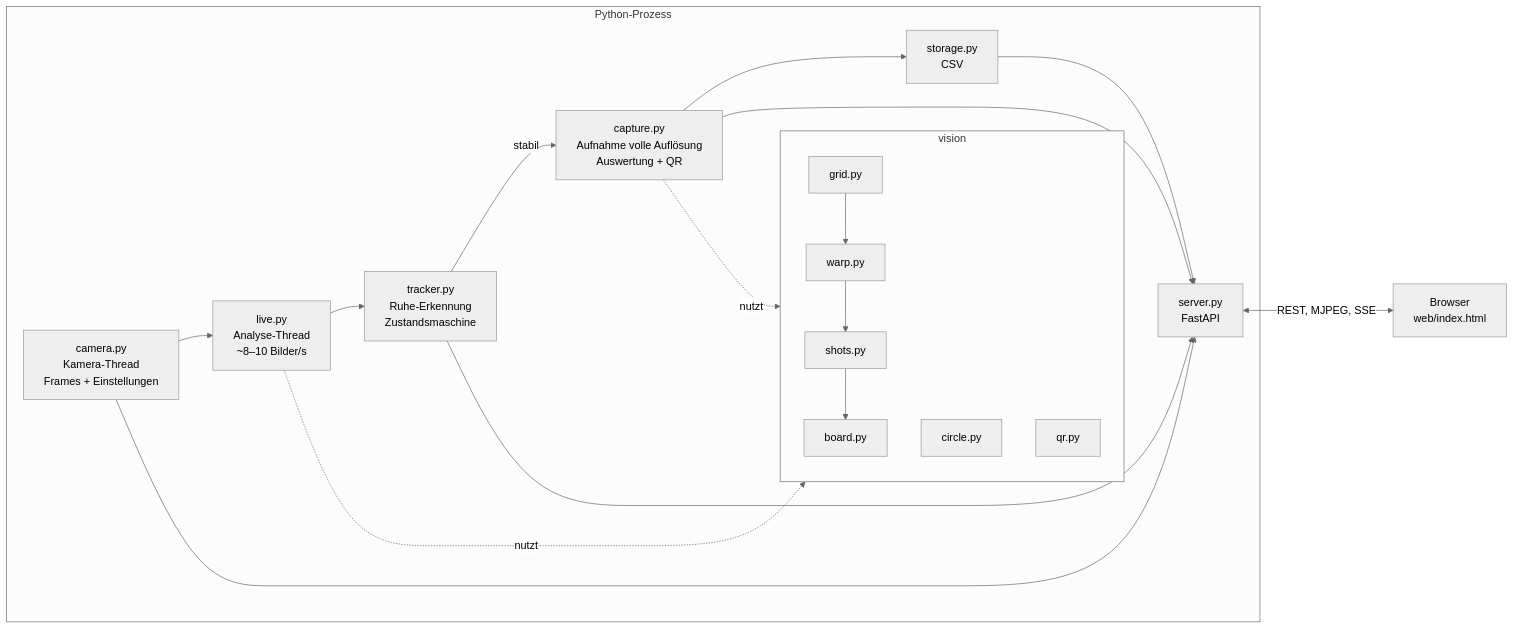
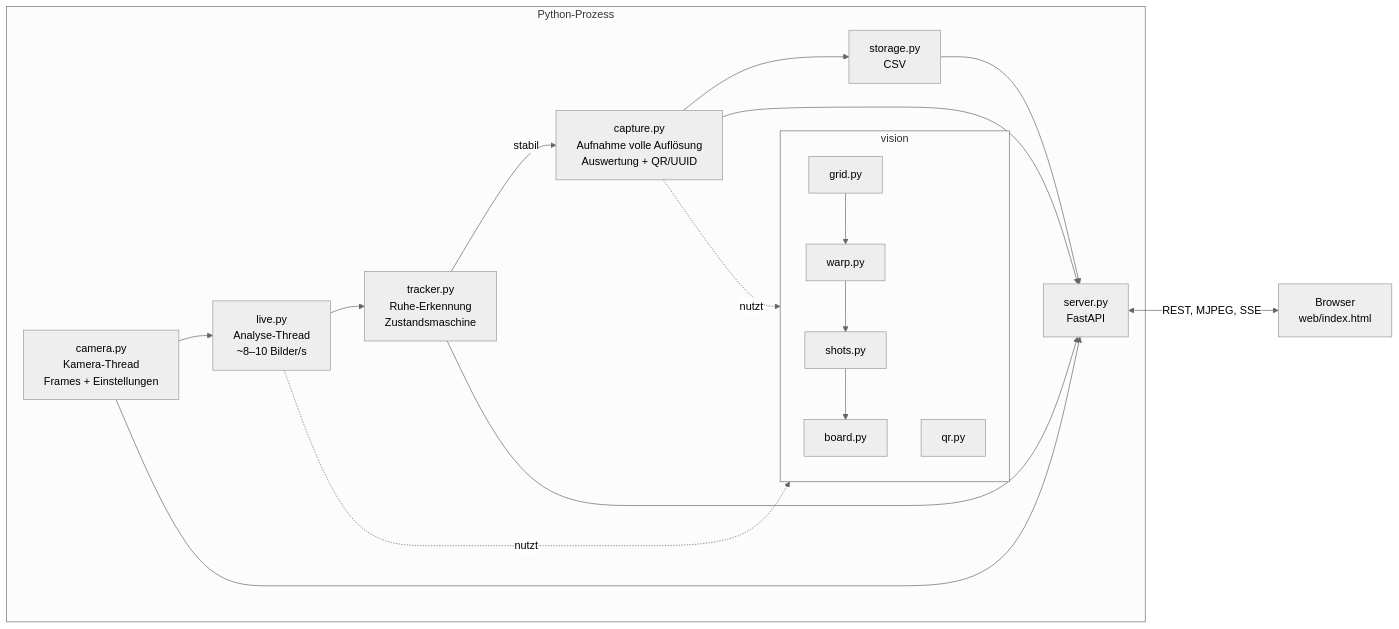
The first of 2 diagrams in docs/ARCHITECTURE.md (sgusenba/labinett), drawn with Mermaid (neutral theme) before and after one commit. The commit also changed other lines of this file, not shown here.

First line of the commit message:
Plan: UUID statt Schützennummer, 5 Schüsse fix, CSV-Pfad einstellbar

````diff
--- a/docs/ARCHITECTURE.md
+++ b/docs/ARCHITECTURE.md
@@ -19,22 +21,21 @@
 ```mermaid
 flowchart LR
   subgraph Python-Prozess
     CAM[camera.py<br/>Kamera-Thread<br/>Frames + Einstellungen] --> PIPE[live.py<br/>Analyse-Thread<br/>~8–10 Bilder/s]
     PIPE --> TR[tracker.py<br/>Ruhe-Erkennung<br/>Zustandsmaschine]
-    TR -->|stabil| CAPT[capture.py<br/>Aufnahme volle Auflösung<br/>Auswertung + QR]
+    TR -->|stabil| CAPT[capture.py<br/>Aufnahme volle Auflösung<br/>Auswertung + QR/UUID]
     CAPT --> STORE[storage.py<br/>CSV]
     subgraph vision
       GRID[grid.py] --> WARP[warp.py] --> SHOTS[shots.py] --> BOARD[board.py]
-      CIRC[circle.py]
       QR[qr.py]
     end
     PIPE -.nutzt.-> vision
     CAPT -.nutzt.-> vision
     API[server.py<br/>FastAPI]
   end
   API <-->|REST, MJPEG, SSE| UI[Browser<br/>web/index.html]
   CAM --> API
   TR --> API
   CAPT --> API
   STORE --> API
 ```
````
